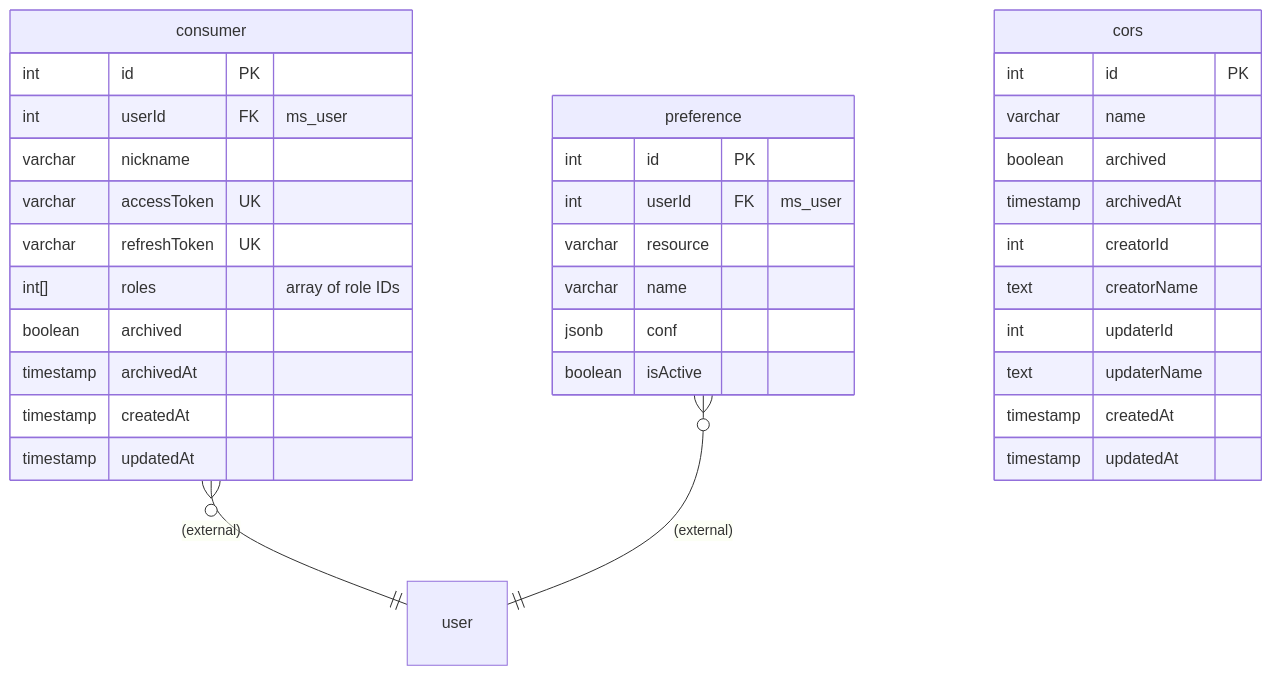
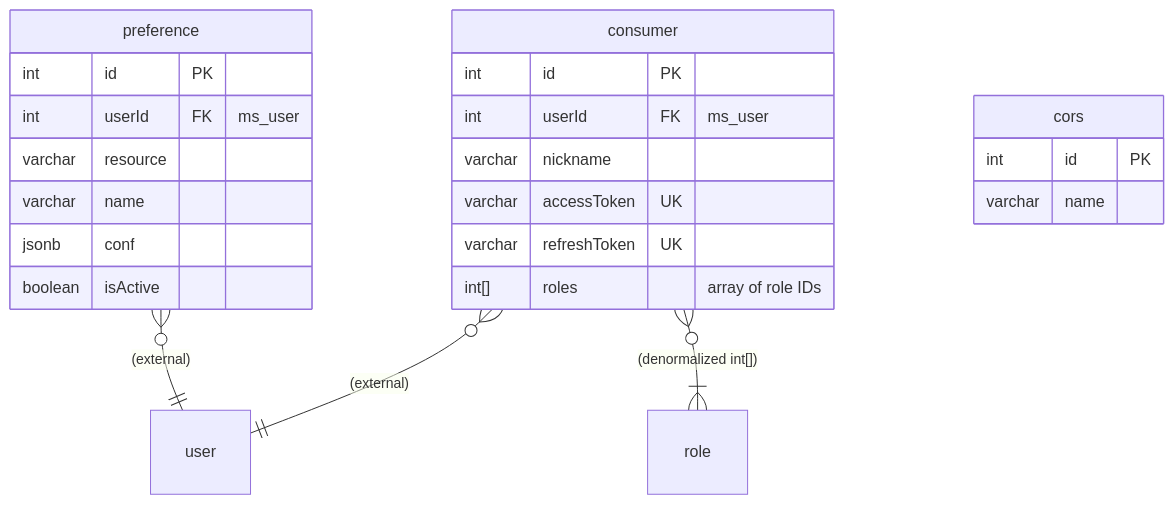
Before and after one commit to ALTEN-group/Gatelin: the second of 2 diagrams in doc/erd.md, drawn with Mermaid. The commit also changed other lines of this file and 18 other files, not shown here.

````diff
--- a/doc/erd.md
+++ b/doc/erd.md
@@ -178,49 +99,42 @@
 ```mermaid
 ---
 caption: Entity Relationship Diagram - Consumer & Preferences
 ---
 
 erDiagram
 
   consumer }o--|| user : "(external)"
+  consumer }o--|{ role : "(denormalized int[])"
   preference }o--|| user : "(external)"
 
   cors {
     int id PK
     varchar name
-    boolean archived
-    timestamp archivedAt
-    int creatorId
-    text creatorName
-    int updaterId
-    text updaterName
-    timestamp createdAt
-    timestamp updatedAt
   }
 
   consumer {
     int id PK
     int userId FK "ms_user"
     varchar nickname
     varchar accessToken UK
     varchar refreshToken UK
     int[] roles "array of role IDs"
-    boolean archived
-    timestamp archivedAt
-    timestamp createdAt
-    timestamp updatedAt
   }
 
   preference {
     int id PK
     int userId FK "ms_user"
     varchar resource
     varchar name
     jsonb conf
     boolean isActive
   }
 
   user {
 
   }
+
+  role {
+
+  }
 ```
````
